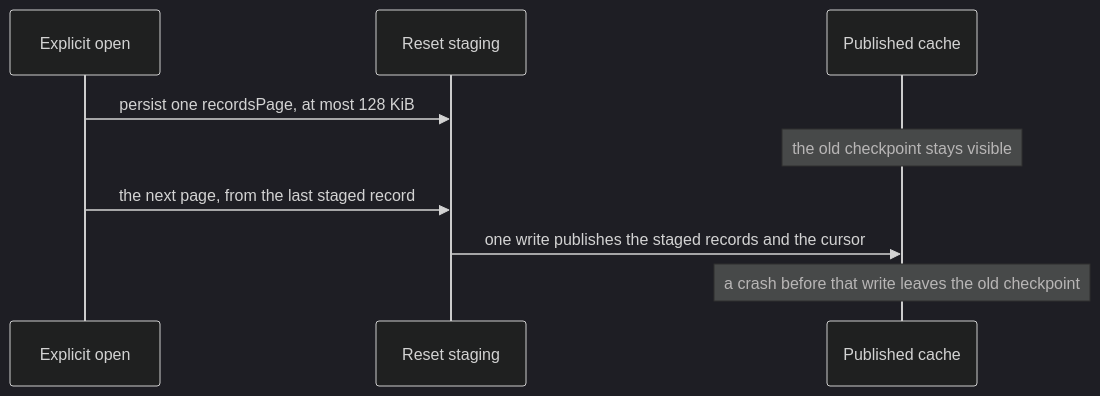
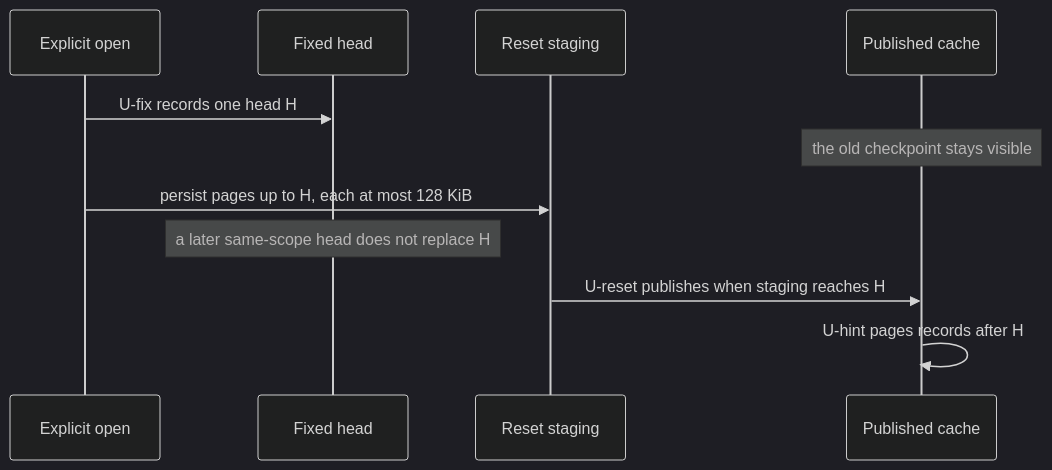
Before and after one commit to nessalabs/nessa-agent: the eighth of 9 diagrams in docs/design/access-grants.md, drawn with Mermaid (dark theme). The commit also changed other lines of this file, not shown here.

First line of the commit message:
Record a fixed head, a stop initiator, and registration retirement

````diff
--- a/docs/design/access-grants.md
+++ b/docs/design/access-grants.md
@@ -1251,11 +1268,13 @@
 ```mermaid
 sequenceDiagram
   participant Open as Explicit open
+  participant Fix as Fixed head
   participant Stage as Reset staging
   participant Cache as Published cache
-  Open->>Stage: persist one recordsPage, at most 128 KiB
+  Open->>Fix: U-fix records one head H
   Note over Cache: the old checkpoint stays visible
-  Open->>Stage: the next page, from the last staged record
-  Stage->>Cache: one write publishes the staged records and the cursor
-  Note over Cache: a crash before that write leaves the old checkpoint
+  Open->>Stage: persist pages up to H, each at most 128 KiB
+  Note over Fix: a later same-scope head does not replace H
+  Stage->>Cache: U-reset publishes when staging reaches H
+  Cache->>Cache: U-hint pages records after H
 ```
````
